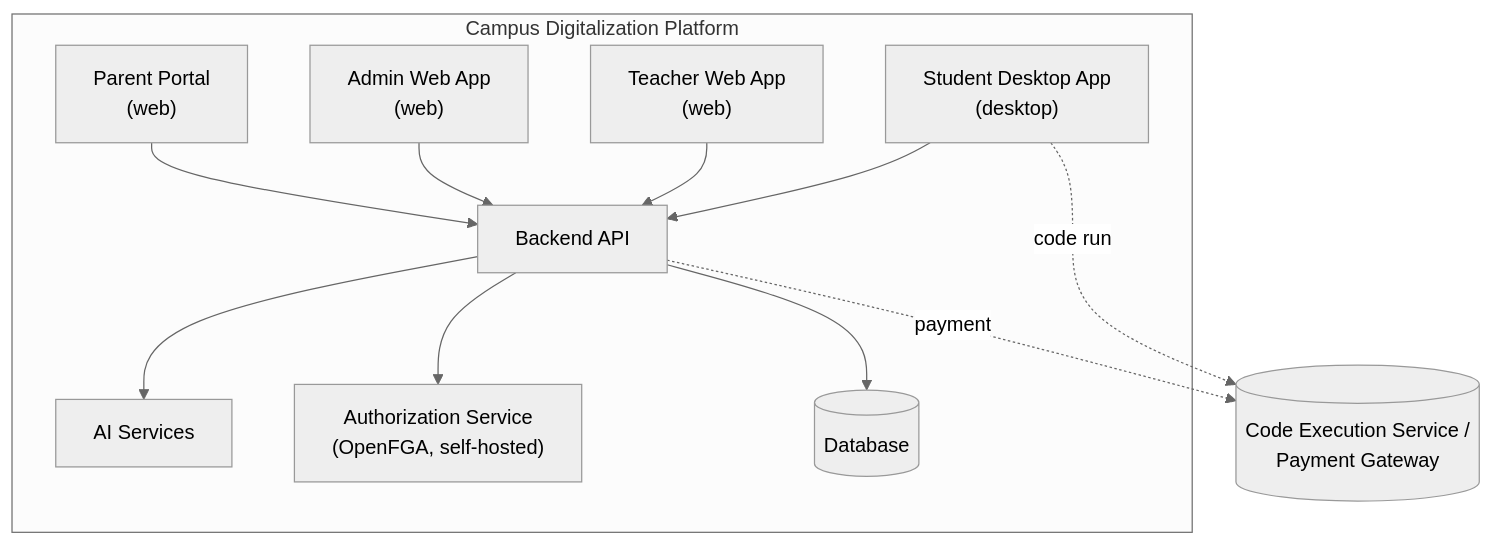
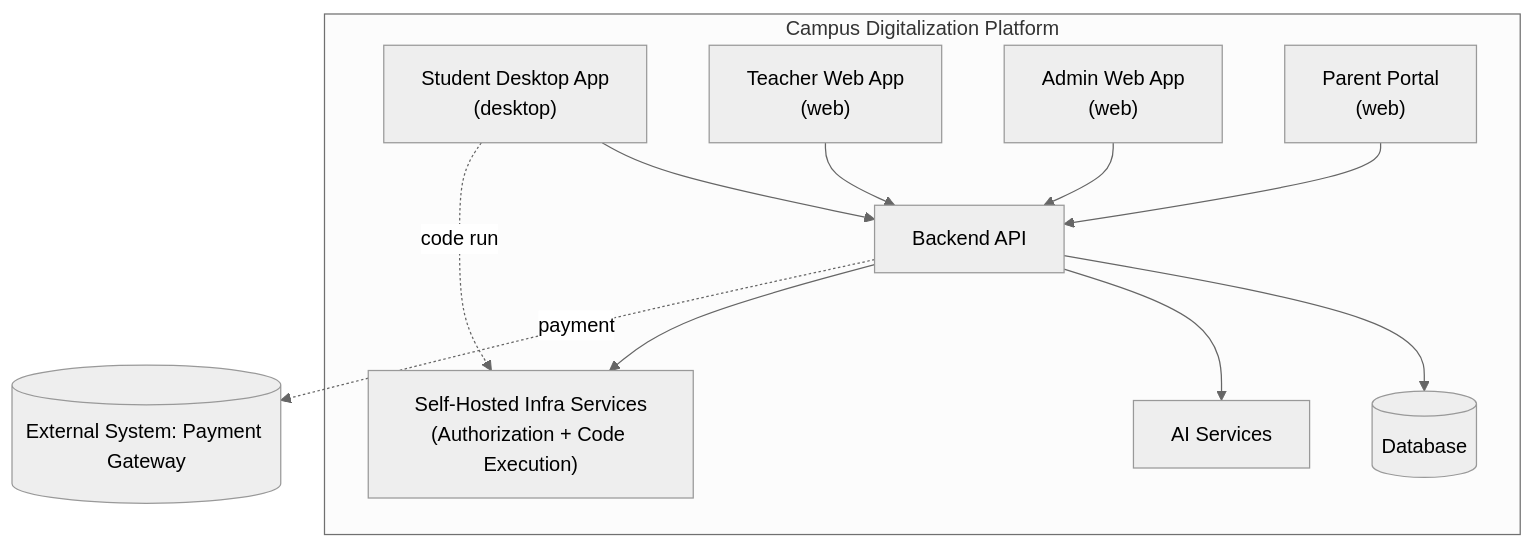
The second of 6 diagrams in Campus platform architecture.md (Z-Zenith/Omega), drawn with Mermaid before and after one commit. The commit also changed other lines of this file, not shown here.

Commit message:
Reclassify Code Execution Service as self-hosted container and update related documentation

````diff
--- a/Campus platform architecture.md
+++ b/Campus platform architecture.md
@@ -211,25 +209,25 @@
 ```mermaid
 %%{init: {'theme': 'neutral'}}%%
 flowchart TB
     subgraph System["Campus Digitalization Platform"]
         sda["Student Desktop App<br/>(desktop)"]
         twa["Teacher Web App<br/>(web)"]
         awa["Admin Web App<br/>(web)"]
         prt["Parent Portal<br/>(web)"]
         api["Backend API"]
         ais["AI Services"]
-        authz["Authorization Service<br/>(OpenFGA, self-hosted)"]
+        infra["Self-Hosted Infra Services<br/>(Authorization + Code Execution)"]
         db[("Database")]
     end
-    extsvc[("Code Execution Service /<br/>Payment Gateway")]
+    pay[("External System: Payment Gateway")]
 
     sda --> api
     twa --> api
     awa --> api
     prt --> api
     api --> db
     api --> ais
-    api --> authz
-    sda -. code run .-> extsvc
-    api -. payment .-> extsvc
+    api --> infra
+    sda -. code run .-> infra
+    api -. payment .-> pay
 ```
````
